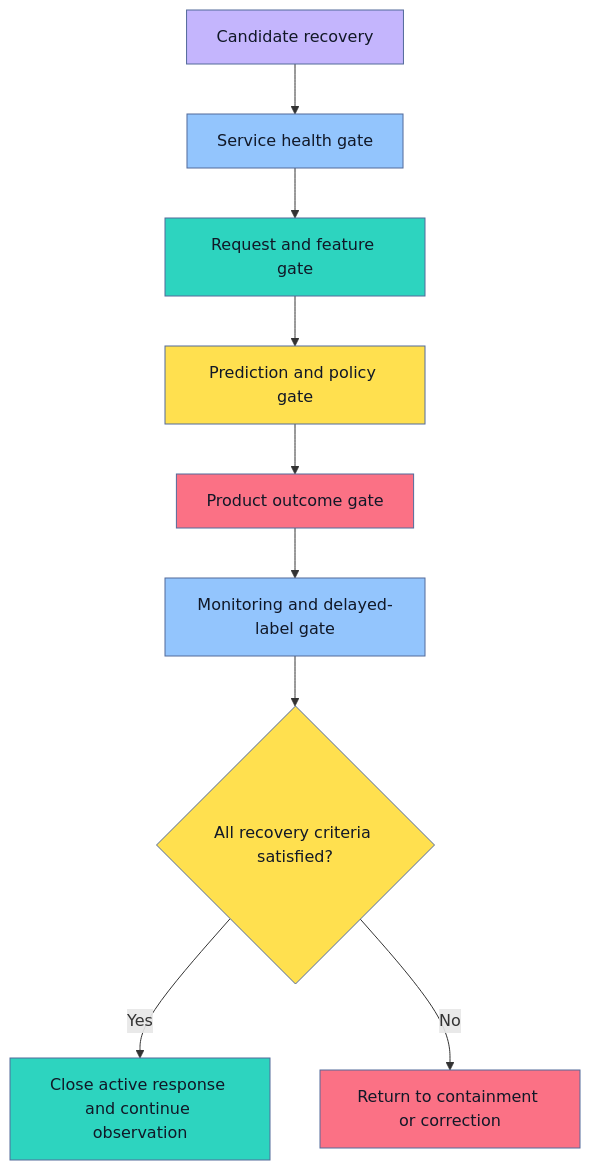
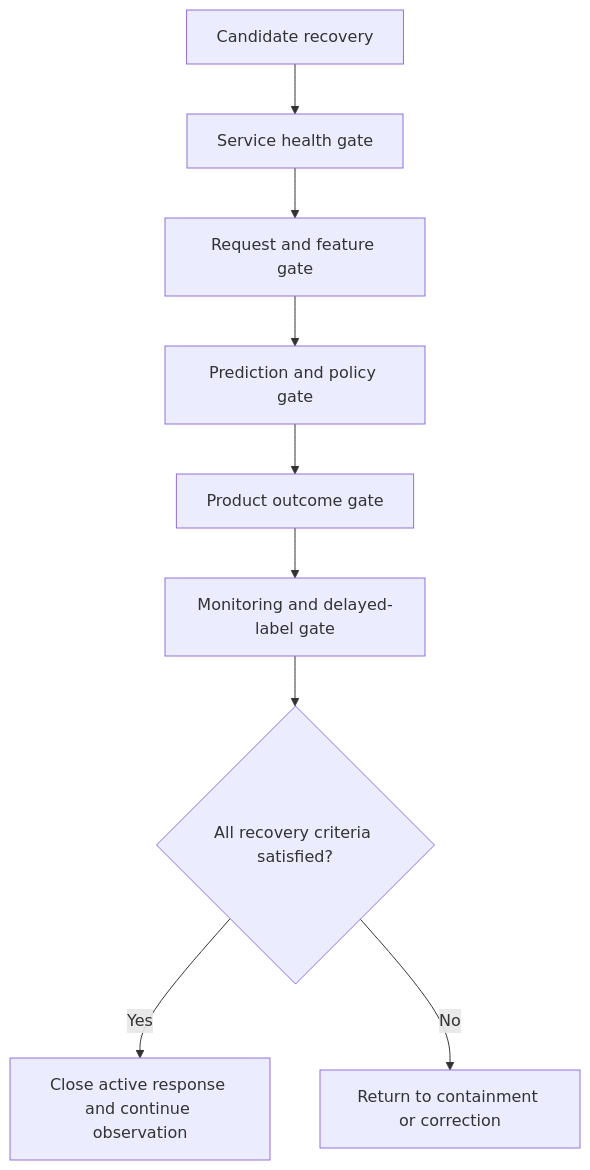
The seventh of 9 diagrams in roadmaps/mlops/modules/deployment-and-release-management/rollback-and-recovery/01-ml-incident-response-basics.md (senlinyy/dev-roadmaps), drawn with Mermaid before and after one commit. The commit also changed other lines of this file and 152 other files, not shown here.

Commit message:
feat: mlops and diagrams updated

````diff
--- a/roadmaps/mlops/modules/deployment-and-release-management/rollback-and-recovery/01-ml-incident-response-basics.md
+++ b/roadmaps/mlops/modules/deployment-and-release-management/rollback-and-recovery/01-ml-incident-response-basics.md
@@ -368,21 +367,21 @@
 ```mermaid
 flowchart TD
     A["Candidate recovery"] --> B["Service health gate"]
     B --> C["Request and feature gate"]
     C --> D["Prediction and policy gate"]
     D --> E["Product outcome gate"]
     E --> F["Monitoring and delayed-label gate"]
     F --> G{"All recovery criteria satisfied?"}
     G -->|"Yes"| H["Close active response and continue observation"]
     G -->|"No"| I["Return to containment or correction"]
 
-    style A fill:#C4B5FD,stroke:#536A9A,color:#111827
-    style B fill:#93C5FD,stroke:#536A9A,color:#111827
-    style C fill:#2DD4BF,stroke:#536A9A,color:#111827
-    style D fill:#FFE04F,stroke:#536A9A,color:#111827
-    style E fill:#FB7185,stroke:#536A9A,color:#111827
-    style F fill:#93C5FD,stroke:#536A9A,color:#111827
-    style G fill:#FFE04F,stroke:#536A9A,color:#111827
-    style H fill:#2DD4BF,stroke:#536A9A,color:#111827
-    style I fill:#FB7185,stroke:#536A9A,color:#111827
+    class A dp-mermaid-primary
+    class B dp-mermaid-secondary
+    class C dp-mermaid-tertiary
+    class D dp-mermaid-quaternary
+    class E dp-mermaid-primary
+    class F dp-mermaid-secondary
+    class G dp-mermaid-quaternary
+    class H dp-mermaid-tertiary
+    class I dp-mermaid-primary
 ```
````
